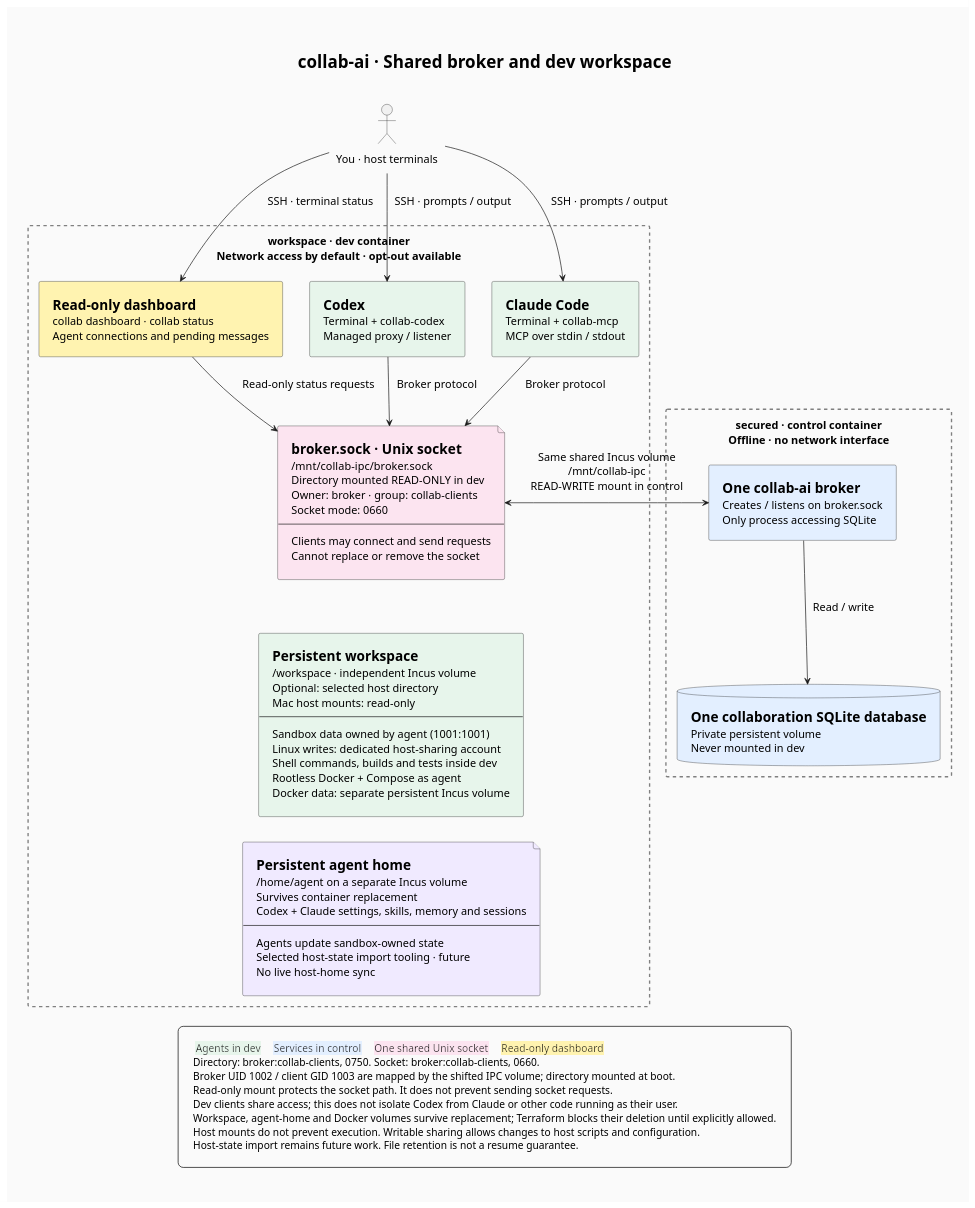
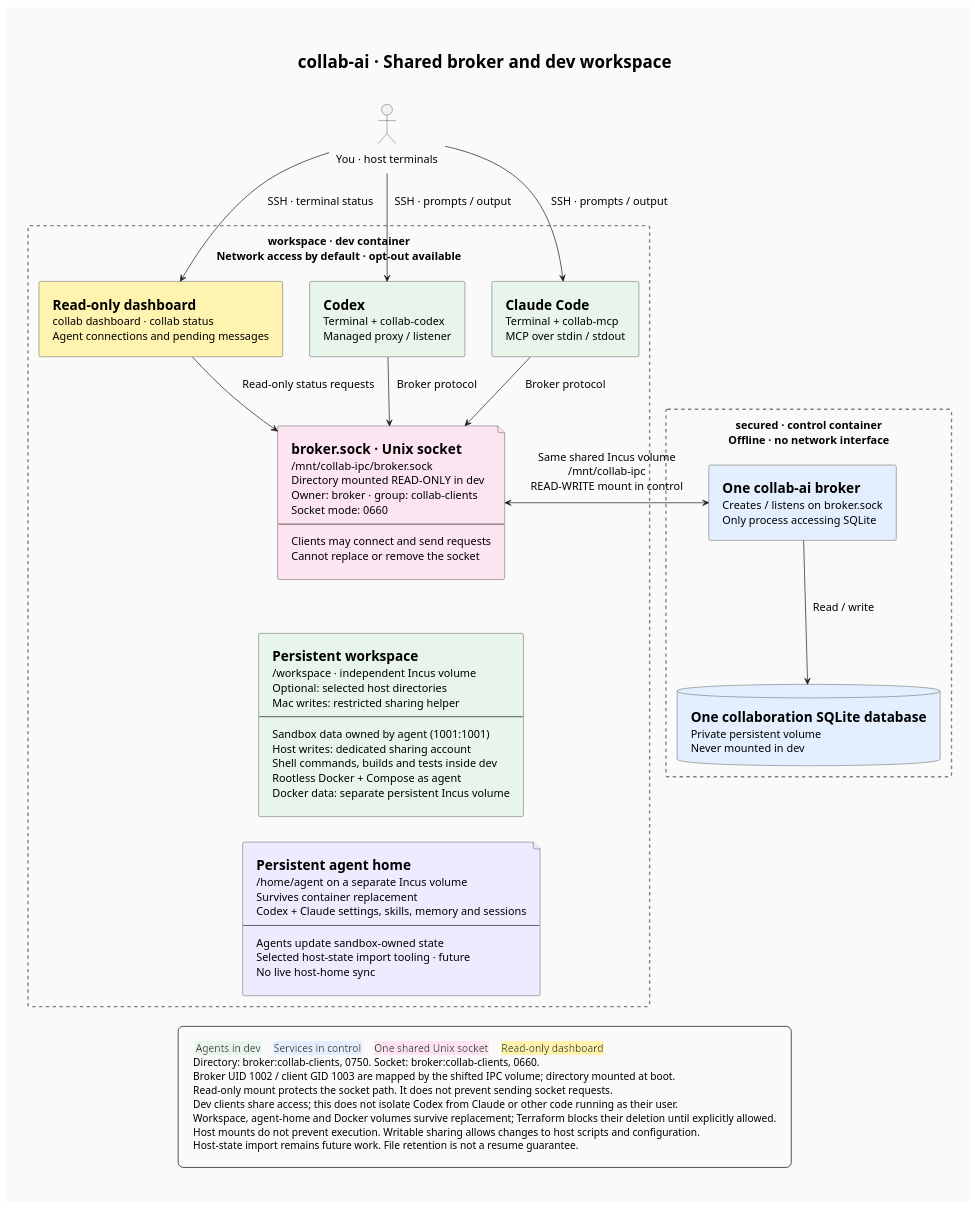
The diagram in docs/assets/architecture.puml (makarski/collab-ai), drawn with PlantUML before and after one commit. The commit also changed 17 other files, not shown here.

Commit message:
Add restricted macOS writable project sharing over SFTP

```diff
--- a/docs/assets/architecture.puml
+++ b/docs/assets/architecture.puml
@@ -1,92 +1,92 @@
 @startuml architecture
 ' Render from the repository root:
 ' plantuml -tsvg -nometadata docs/assets/architecture.puml
 
 title collab-ai · Shared broker and dev workspace
 
 <style>
 title {
     FontSize 25
 }
 document {
     Margin 24
     BackgroundColor #fafafa
 }
 rectangle {
     LineStyle 5
     LineColor #grey
     LineThickness 2
 }
 .HumanControl {
     BackgroundColor #fff3b0
 }
 .Control {
     BackgroundColor #e3efff
 }
 .Dev {
     BackgroundColor #e7f5eb
 }
 .Socket {
     BackgroundColor #fce4f0
 }
 .Storage {
     BackgroundColor #f0eaff
 }
 legend {
     FontSize 15
     Padding 12
 }
 </style>
 
 hide stereotype
 skinparam {
     backgroundColor #fafafa
     shadowing false
     componentStyle rectangle
     defaultFontSize 16
     padding 10
     nodesep 40
     ranksep 35
 }
 
 actor "You · host terminals" as Human
 
 rectangle "workspace · dev container\nNetwork access by default · opt-out available" as Dev {
     component "=Read-only dashboard\ncollab dashboard · collab status\nAgent connections and pending messages" as Dashboard <<HumanControl>>
     component "=Codex\nTerminal + collab-codex\nManaged proxy / listener" as Codex <<Dev>>
     component "=Claude Code\nTerminal + collab-mcp\nMCP over stdin / stdout" as Claude <<Dev>>
-    component "=Persistent workspace\n/workspace · independent Incus volume\nOptional: selected host directory\nMac host mounts: read-only\n--\nSandbox data owned by agent (1001:1001)\nLinux writes: dedicated host-sharing account\nShell commands, builds and tests inside dev\nRootless Docker + Compose as agent\nDocker data: separate persistent Incus volume" as Project <<Dev>>
+    component "=Persistent workspace\n/workspace · independent Incus volume\nOptional: selected host directories\nMac writes: restricted sharing helper\n--\nSandbox data owned by agent (1001:1001)\nHost writes: dedicated sharing account\nShell commands, builds and tests inside dev\nRootless Docker + Compose as agent\nDocker data: separate persistent Incus volume" as Project <<Dev>>
     file "=Persistent agent home\n/home/agent on a separate Incus volume\nSurvives container replacement\nCodex + Claude settings, skills, memory and sessions\n--\nAgents update sandbox-owned state\nSelected host-state import tooling · future\nNo live host-home sync" as AgentHome <<Storage>>
     file "=broker.sock · Unix socket\n/mnt/collab-ipc/broker.sock\nDirectory mounted READ-ONLY in dev\nOwner: broker · group: collab-clients\nSocket mode: 0660\n--\nClients may connect and send requests\nCannot replace or remove the socket" as Socket <<Socket>>
 }
 
 rectangle "secured · control container\nOffline · no network interface" as Control {
     component "=One collab-ai broker\nCreates / listens on broker.sock\nOnly process accessing SQLite" as Broker <<Control>>
     database "=One collaboration SQLite database\nPrivate persistent volume\nNever mounted in dev" as DB <<Control>>
 }
 
 Human -down-> Codex : SSH · prompts / output
 Human -down-> Claude : SSH · prompts / output
 Human -down-> Dashboard : SSH · terminal status
 
 Codex -down-> Socket : Broker protocol
 Claude -down-> Socket : Broker protocol
 Socket -[hidden]down-> Project
 Project -[hidden]down-> AgentHome
 
 Dashboard -down-> Socket : Read-only status requests
 Broker <-left-> Socket : Same shared Incus volume\n/mnt/collab-ipc\nREAD-WRITE mount in control
 Broker -down-> DB : Read / write
 
 legend bottom
     <back:#e7f5eb> Agents in dev </back>   <back:#e3efff> Services in control </back>   <back:#fce4f0> One shared Unix socket </back>   <back:#fff3b0> Read-only dashboard </back>
     Directory: broker:collab-clients, 0750. Socket: broker:collab-clients, 0660.
     Broker UID 1002 / client GID 1003 are mapped by the shifted IPC volume; directory mounted at boot.
     Read-only mount protects the socket path. It does not prevent sending socket requests.
     Dev clients share access; this does not isolate Codex from Claude or other code running as their user.
     Workspace, agent-home and Docker volumes survive replacement; Terraform blocks their deletion until explicitly allowed.
     Host mounts do not prevent execution. Writable sharing allows changes to host scripts and configuration.
     Host-state import remains future work. File retention is not a resume guarantee.
 endlegend
 
 @enduml
```
